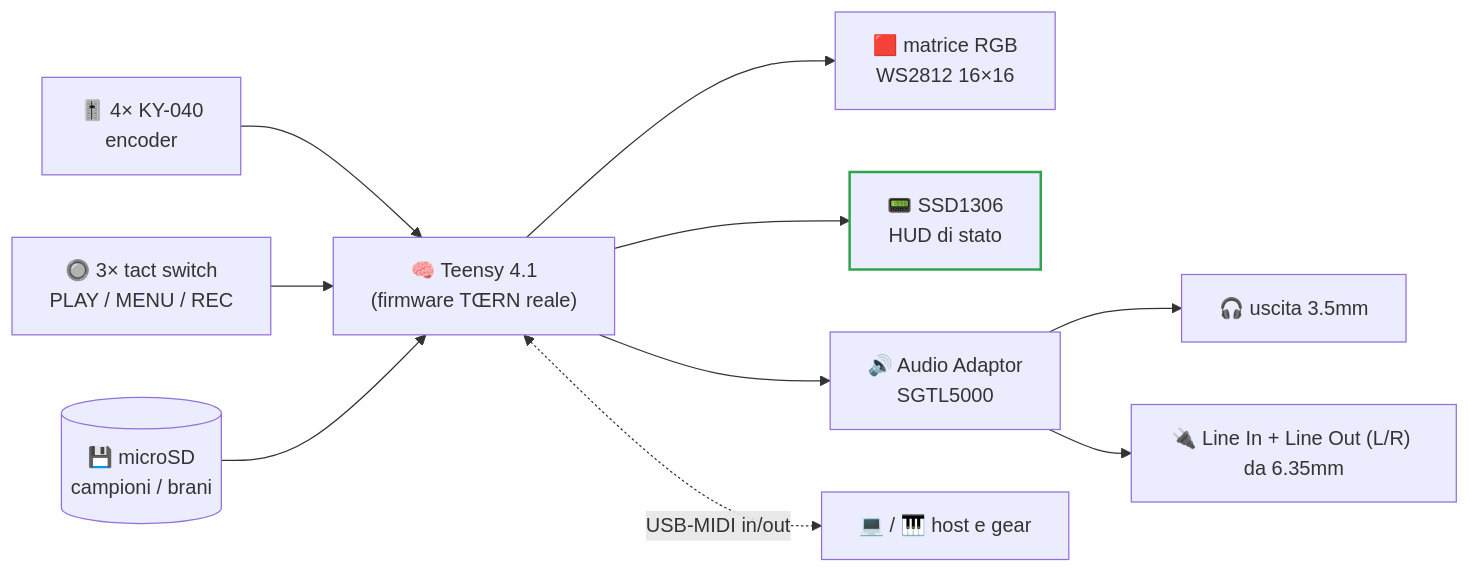
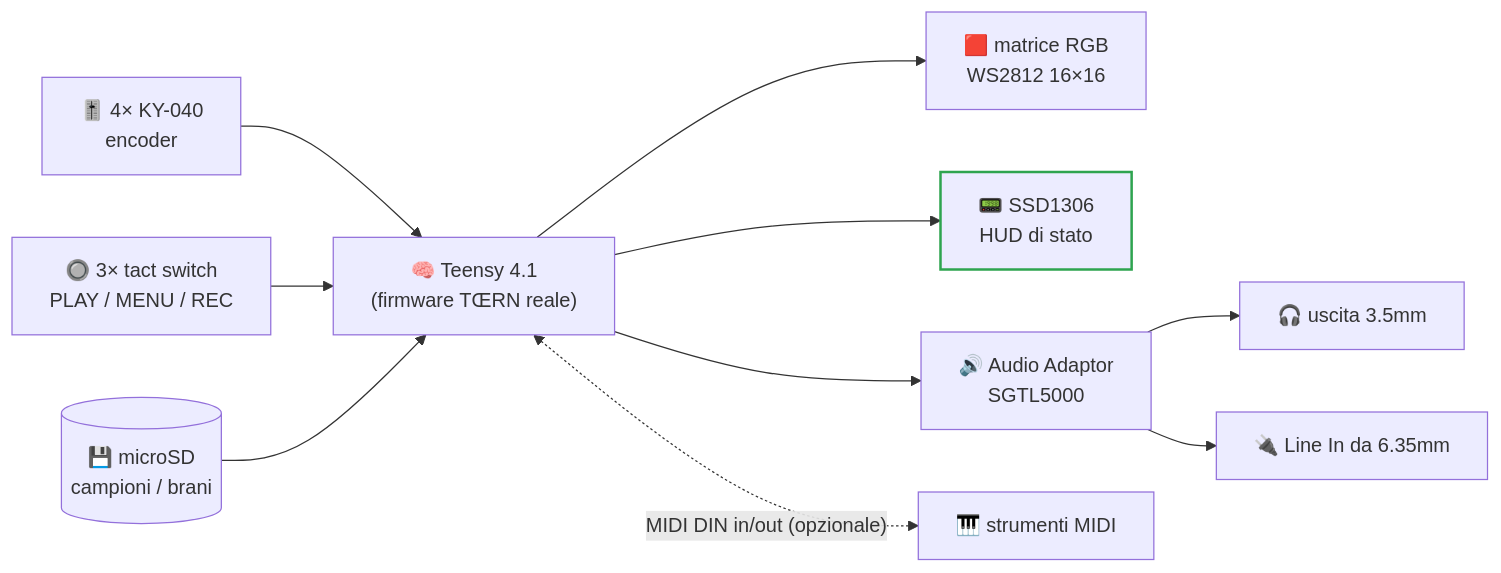
One commit to luigismith/ichosynth changed the first of 2 diagrams in README.it.md. Above: the diagram before and after it, drawn with Mermaid. The commit also changed other lines of this file and 66 other files, not shown here.

````diff
--- a/README.it.md
+++ b/README.it.md
@@ -140,14 +139,14 @@
 ```mermaid
 flowchart LR
     ENC["🎚️ 4× KY-040<br/>encoder"] --> T["🧠 Teensy 4.1<br/>(firmware TŒRN reale)"]
     BTN["🔘 3× tact switch<br/>PLAY / MENU / REC"] --> T
     SD[("💾 microSD<br/>campioni / brani")] --> T
     T --> LED["🟥 matrice RGB<br/>WS2812 16×16"]
     T --> OLED["📟 SSD1306<br/>HUD di stato"]
     T --> AUDIO["🔊 Audio Adaptor<br/>SGTL5000"]
     AUDIO --> JACK["🎧 uscita 3.5mm"]
-    AUDIO --> LINE["🔌 Line In + Line Out (L/R) da 6.35mm"]
-    T <-. "USB-MIDI in/out" .-> HOST["💻 / 🎹 host e gear"]
+    AUDIO --> LINE["🔌 Line In da 6.35mm"]
+    T <-. "MIDI DIN in/out (opzionale)" .-> HOST["🎹 strumenti MIDI"]
 
     style OLED stroke:#2ea44f,stroke-width:2px
 ```
````
